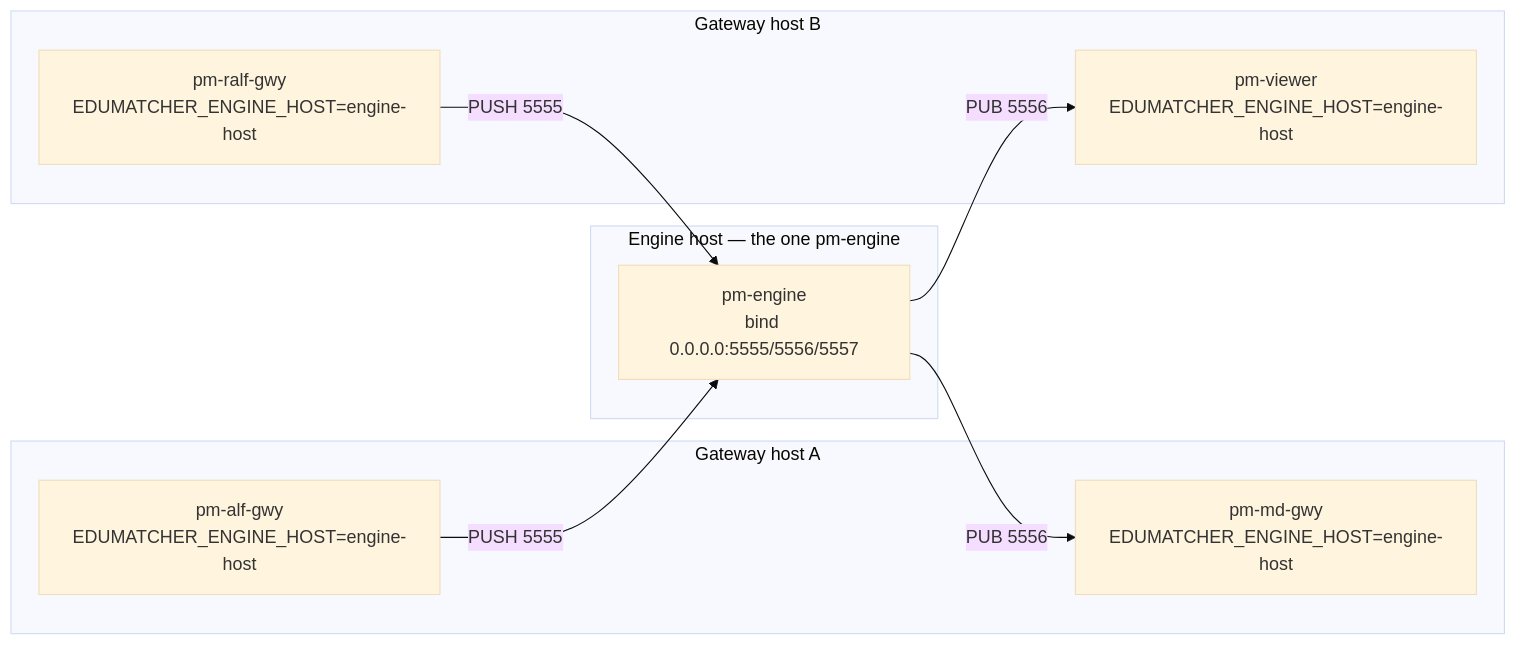
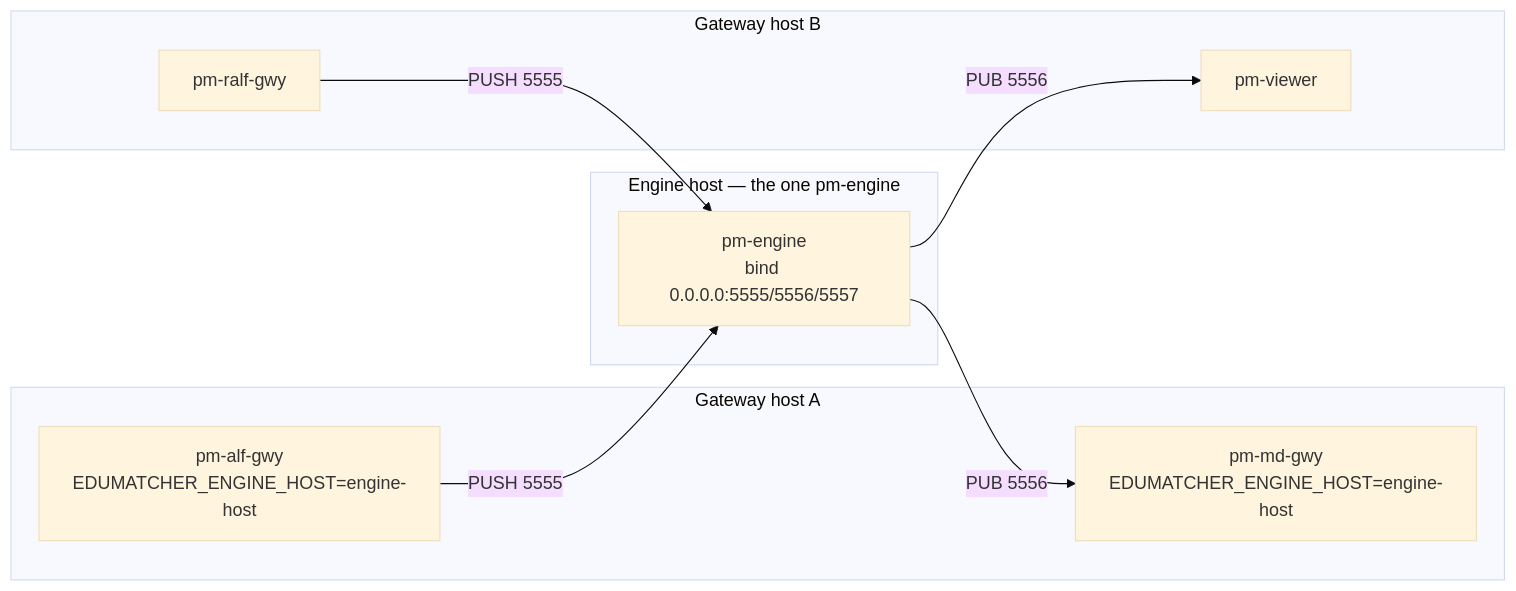
Before and after one commit to johan162/EduMatcher: the eighth of 8 diagrams in docs/developer/07-container-and-networks.md, drawn with Mermaid (base theme). The commit also changed other lines of this file, not shown here.

````diff
--- a/docs/developer/07-container-and-networks.md
+++ b/docs/developer/07-container-and-networks.md
@@ -314,21 +656,19 @@
 ```mermaid
 flowchart LR
     subgraph EngineHost["Engine host — the one pm-engine"]
         E["pm-engine\nbind 0.0.0.0:5555/5556/5557"]
     end
-
     subgraph GatewayHostA["Gateway host A"]
         G1["pm-alf-gwy\nEDUMATCHER_ENGINE_HOST=engine-host"]
         G2["pm-md-gwy\nEDUMATCHER_ENGINE_HOST=engine-host"]
     end
-
     subgraph GatewayHostB["Gateway host B"]
-        G3["pm-ralf-gwy\nEDUMATCHER_ENGINE_HOST=engine-host"]
-        V["pm-viewer\nEDUMATCHER_ENGINE_HOST=engine-host"]
+        G3["pm-ralf-gwy"]
+        V["pm-viewer"]
     end
 
-    G1 -->|PUSH 5555| E
-    G3 -->|PUSH 5555| E
-    E -->|PUB 5556| G2
-    E -->|PUB 5556| V
+    G1 -->|"PUSH 5555"| E
+    G3 -->|"PUSH 5555"| E
+    E -->|"PUB 5556"| G2
+    E -->|"PUB 5556"| V
 ```
````
